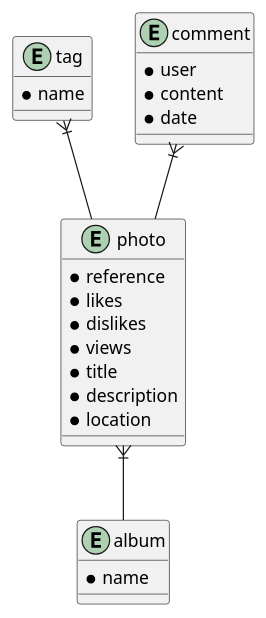
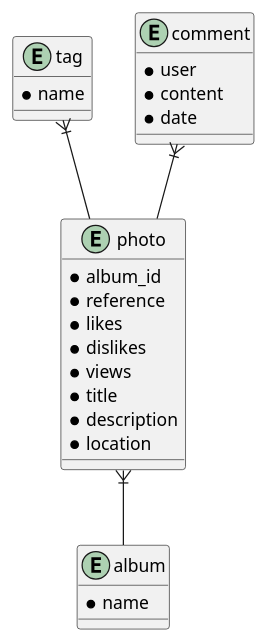
Before and after one commit to kubaczak/galeriaPAI: the diagram in docs/Konceptualny.puml, drawn with PlantUML.

```diff
--- a/docs/Konceptualny.puml
+++ b/docs/Konceptualny.puml
@@ -1,30 +1,31 @@
 @startuml  konceptualny
 entity album{
   * name
 }
 
 entity photo{
+  * album_id
   * reference
   * likes
   * dislikes
   * views
   * title
   * description
   * location
 }
 
 entity tag{
   * name
 }
 
 entity comment{
   * user
   * content
   * date
 }
 
 
 photo }|-- album
 comment }|-- photo
 tag }|-- photo
 @enduml
```
